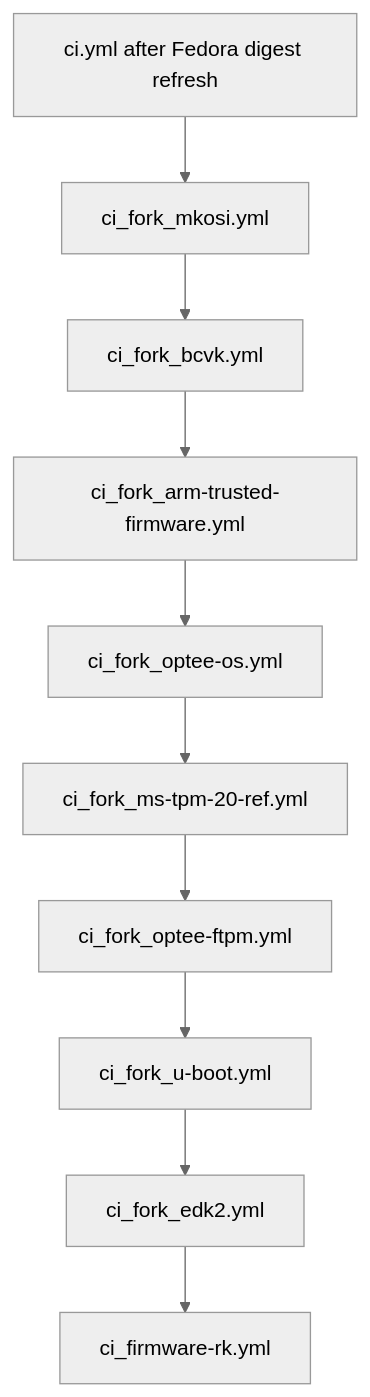
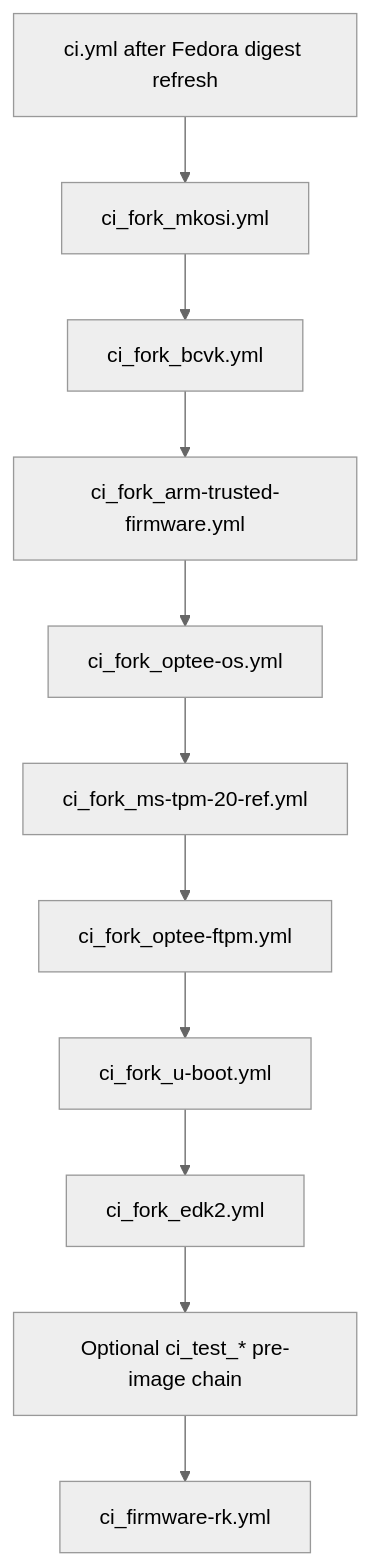
One commit to corning-croak-cable/yubiOS changed the fifth of 8 diagrams in CI_MAP.md. Above: the diagram before and after it, drawn with Mermaid (neutral theme). The commit also changed other lines of this file and 22 other files, not shown here.

````diff
--- a/CI_MAP.md
+++ b/CI_MAP.md
@@ -187,15 +173,16 @@
 ```mermaid
 flowchart TD
     start["ci.yml after Fedora digest refresh"]
     mkosi["ci_fork_mkosi.yml"]
     bcvk["ci_fork_bcvk.yml"]
     tfa["ci_fork_arm-trusted-firmware.yml"]
     optee["ci_fork_optee-os.yml"]
     ms["ci_fork_ms-tpm-20-ref.yml"]
     ftpm["ci_fork_optee-ftpm.yml"]
     uboot["ci_fork_u-boot.yml"]
     edk2["ci_fork_edk2.yml"]
+    tests["Optional ci_test_* pre-image chain"]
     firmware["ci_firmware-rk.yml"]
 
-    start --> mkosi --> bcvk --> tfa --> optee --> ms --> ftpm --> uboot --> edk2 --> firmware
+    start --> mkosi --> bcvk --> tfa --> optee --> ms --> ftpm --> uboot --> edk2 --> tests --> firmware
 ```
````
